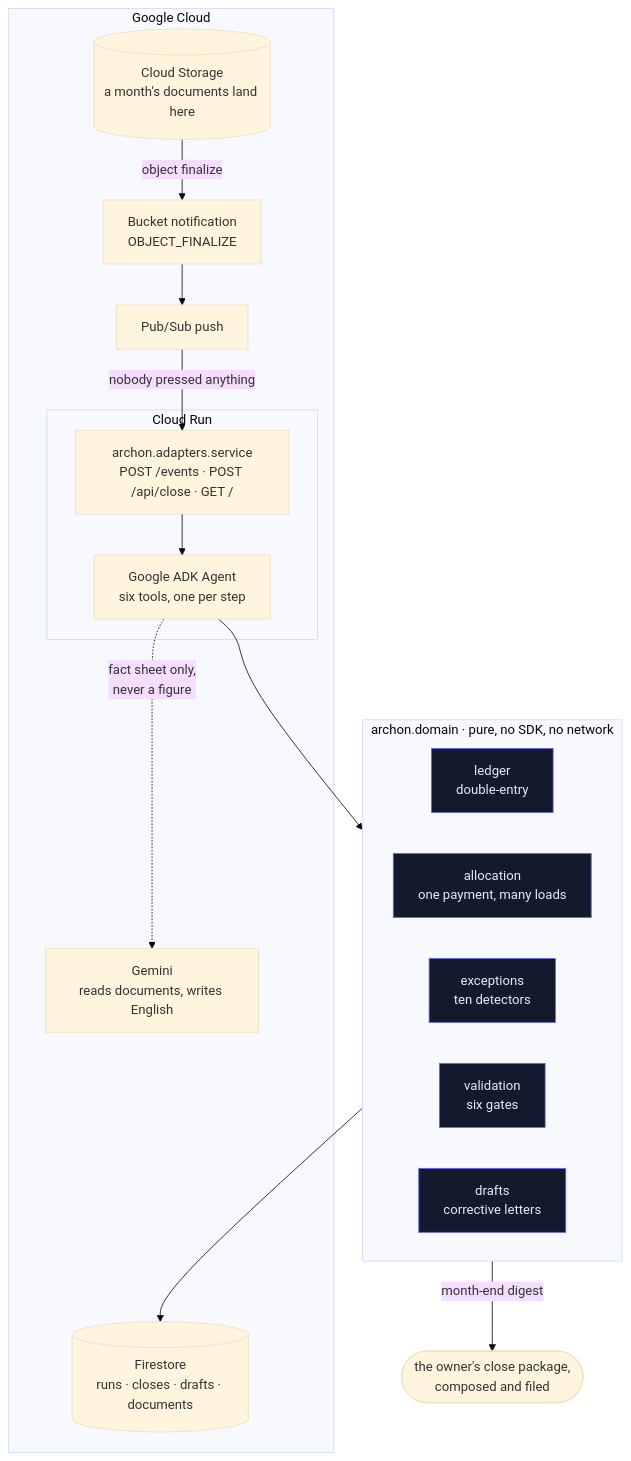
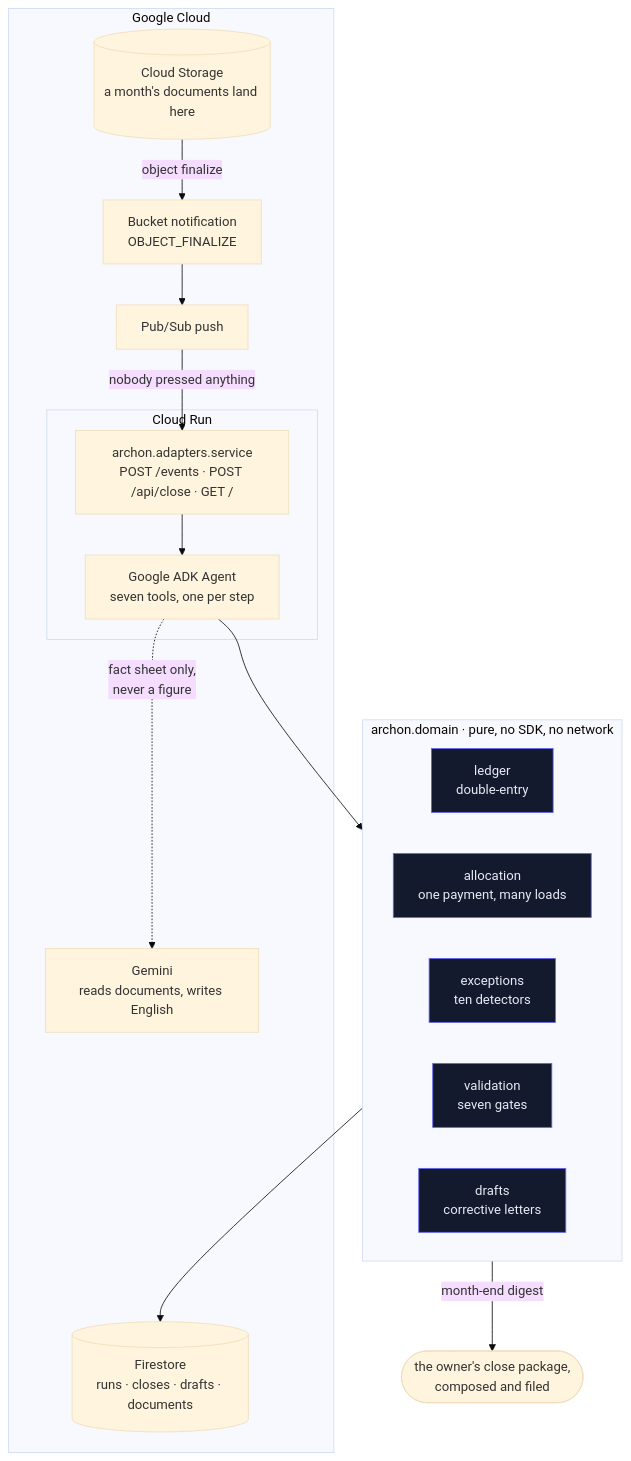
One commit to upgradedev/archon-gcp-agentic changed the first of 2 diagrams in README.md. Above: the diagram before and after it, drawn with Mermaid (base theme). The commit also changed other lines of this file and 11 other files, not shown here.

````diff
--- a/README.md
+++ b/README.md
@@ -373,32 +373,32 @@
 ```mermaid
 flowchart TB
     subgraph gcp["Google Cloud"]
         gcs[("Cloud Storage<br/>a month's documents land here")]
         ea["Bucket notification<br/>OBJECT_FINALIZE"]
         ps["Pub/Sub push"]
         subgraph run["Cloud Run"]
             svc["archon.adapters.service<br/>POST /events · POST /api/close · GET /"]
-            agent["Google ADK Agent<br/>six tools, one per step"]
+            agent["Google ADK Agent<br/>seven tools, one per step"]
         end
         fs[("Firestore<br/>runs · closes · drafts · documents")]
         gem["Gemini<br/>reads documents, writes English"]
     end
     owner(["the owner's close package,<br/>composed and filed"])
 
     gcs -->|object finalize| ea --> ps -->|nobody pressed anything| svc
     svc --> agent
     agent --> core
     subgraph core["archon.domain · pure, no SDK, no network"]
         ledger["ledger<br/>double-entry"]
         alloc["allocation<br/>one payment, many loads"]
         exc["exceptions<br/>ten detectors"]
-        val["validation<br/>six gates"]
+        val["validation<br/>seven gates"]
         draft["drafts<br/>corrective letters"]
     end
     core --> fs
     agent -.->|fact sheet only,<br/>never a figure| gem
     core -->|month-end digest| owner
 
     classDef pure fill:#141a2e,stroke:#6366f1,color:#e8ebf5
     class ledger,alloc,exc,val,draft pure
 ```
````
